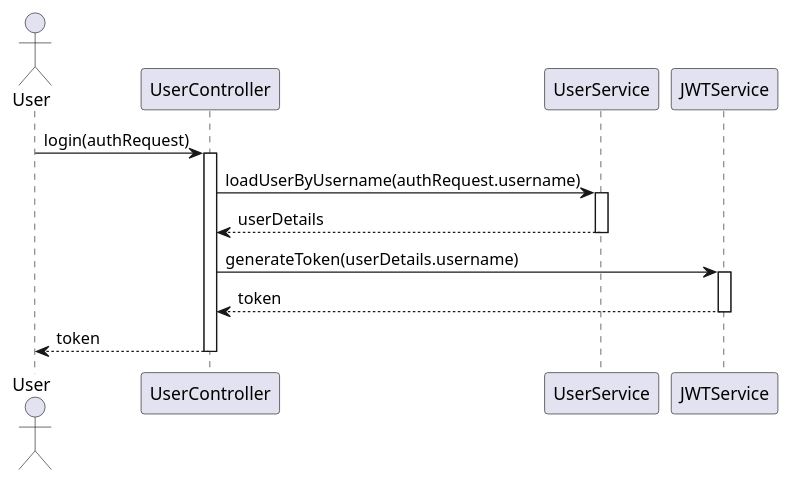
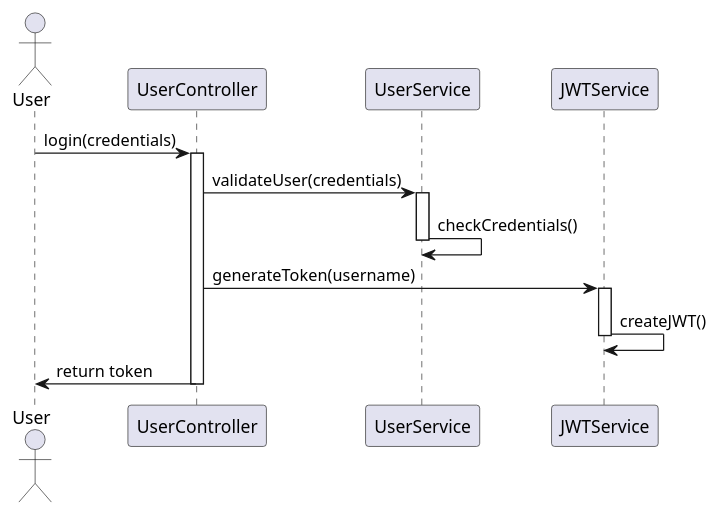
One commit to Dinesh-s95/AutoDoc.ai changed the second of 4 diagrams in identityprovider/documentation/detaileddesign.adoc. Above: the diagram before and after it, drawn with PlantUML. The commit also changed other lines of this file and 8 other files, not shown here.

```diff
--- a/identityprovider/documentation/detaileddesign.adoc
+++ b/identityprovider/documentation/detaileddesign.adoc
@@ -329,25 +186,22 @@
-[plantuml, authentication-login-flow, png]
+[plantuml, authentication-sequence, png]
 ----
 @startuml
 actor User
 participant UserController
 participant UserService
 participant JWTService
 
-User -> UserController : login(authRequest)
+User -> UserController : login(credentials)
 activate UserController
-
-UserController -> UserService : loadUserByUsername(authRequest.username)
+UserController -> UserService : validateUser(credentials)
 activate UserService
-UserService --> UserController : userDetails
+UserService -> UserService : checkCredentials()
 deactivate UserService
-
-UserController -> JWTService : generateToken(userDetails.username)
+UserController -> JWTService : generateToken(username)
 activate JWTService
-JWTService --> UserController : token
+JWTService -> JWTService : createJWT()
 deactivate JWTService
-
-UserController --> User : token
+UserController -> User : return token
 deactivate UserController
 @enduml
 ----
```
